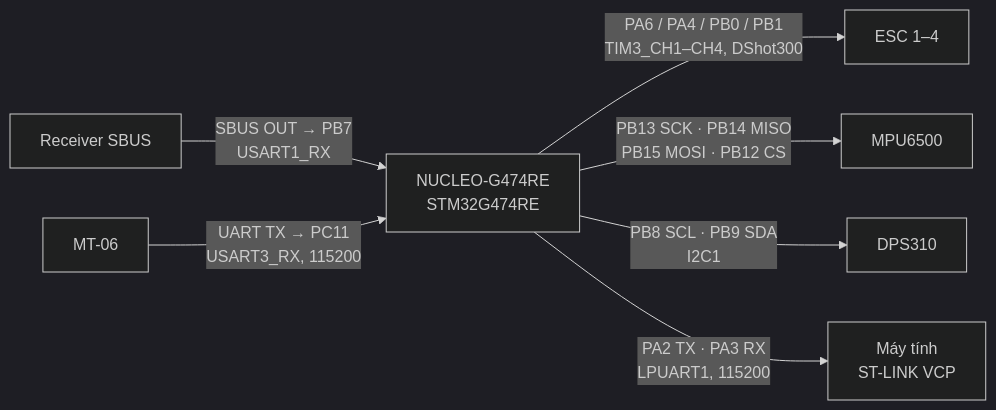
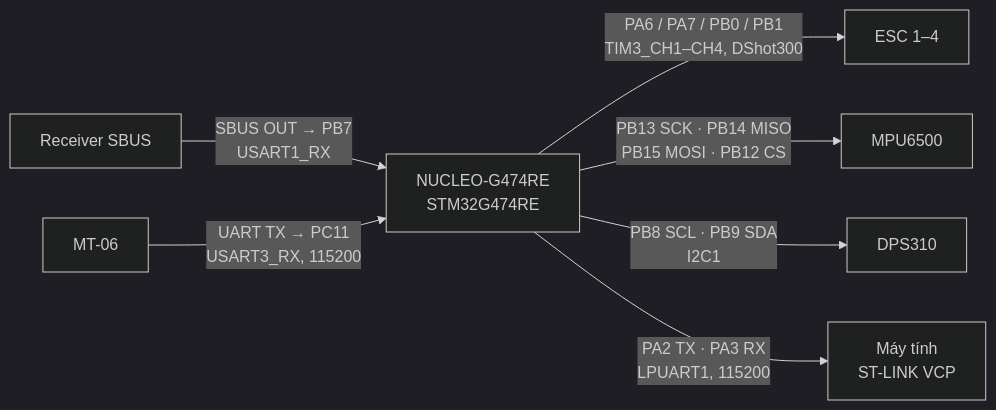
One commit to toandeptrai16zz/UAV_FAMER changed the diagram in README.md. Above: the diagram before and after it, drawn with Mermaid (dark theme). The commit also changed other lines of this file and 24 other files, not shown here.

````diff
--- a/README.md
+++ b/README.md
@@ -32,17 +36,17 @@
 ```mermaid
 flowchart LR
     FC["NUCLEO-G474RE<br/>STM32G474RE"]
     RX["Receiver SBUS"]
     ESC["ESC 1–4"]
     IMU["MPU6500"]
     BARO["DPS310"]
     RANGE["MT-06"]
     PC["Máy tính<br/>ST-LINK VCP"]
 
     RX -- "SBUS OUT → PB7<br/>USART1_RX" --> FC
-    FC -- "PA6 / PA4 / PB0 / PB1<br/>TIM3_CH1–CH4, DShot300" --> ESC
+    FC -- "PA6 / PA7 / PB0 / PB1<br/>TIM3_CH1–CH4, DShot300" --> ESC
     FC -- "PB13 SCK · PB14 MISO<br/>PB15 MOSI · PB12 CS" --> IMU
     FC -- "PB8 SCL · PB9 SDA<br/>I2C1" --> BARO
     RANGE -- "UART TX → PC11<br/>USART3_RX, 115200" --> FC
     FC -- "PA2 TX · PA3 RX<br/>LPUART1, 115200" --> PC
 ```
````
